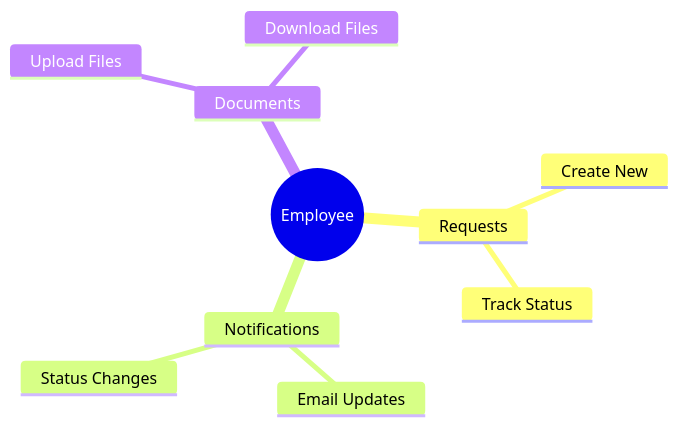
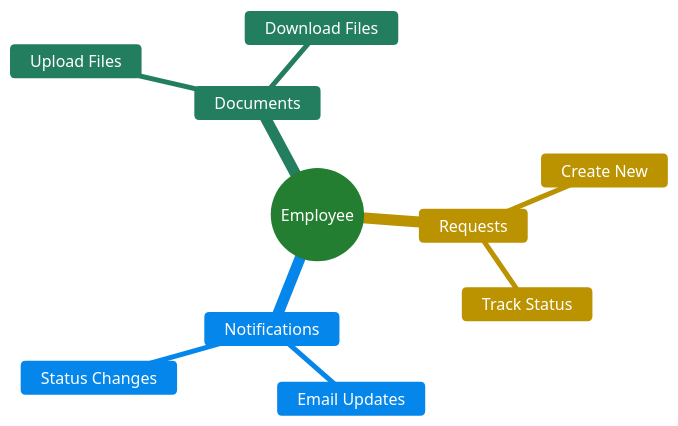
Before and after one commit to hashirali129/FlowManager: the fourth of 10 diagrams in docs/flows/06-summary.md, drawn with Mermaid. The commit also changed other lines of this file and 2 other files, not shown here.

Commit message:
Fixed error in Flow diagram

````diff
--- a/docs/flows/06-summary.md
+++ b/docs/flows/06-summary.md
@@ -77,13 +80,14 @@
 ```mermaid
+%%{init: {'theme':'base', 'themeVariables': { 'primaryColor':'#51cf66', 'primaryTextColor':'#fff', 'primaryBorderColor':'#2b8a3e', 'lineColor':'#868e96', 'secondaryColor':'#ffd43b', 'tertiaryColor':'#74c0fc'}}}%%
 mindmap
   root((Employee))
     Requests
       Create New
       Track Status
     Notifications
       Email Updates
       Status Changes
     Documents
       Upload Files
       Download Files
 ```
````
